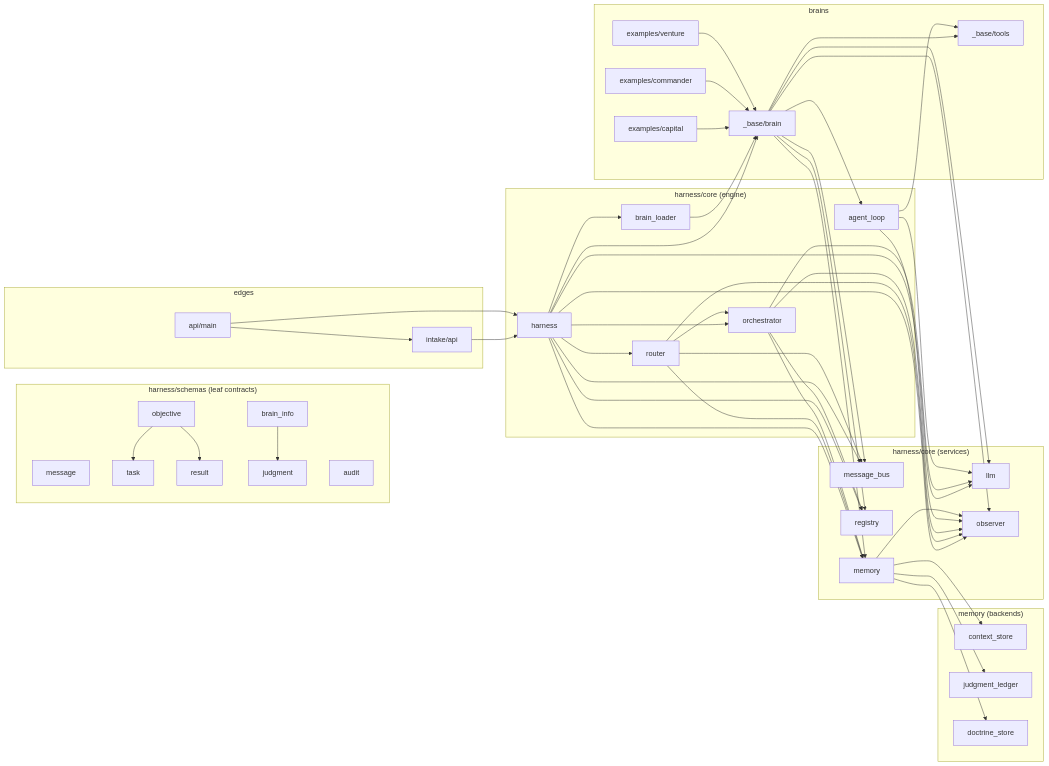
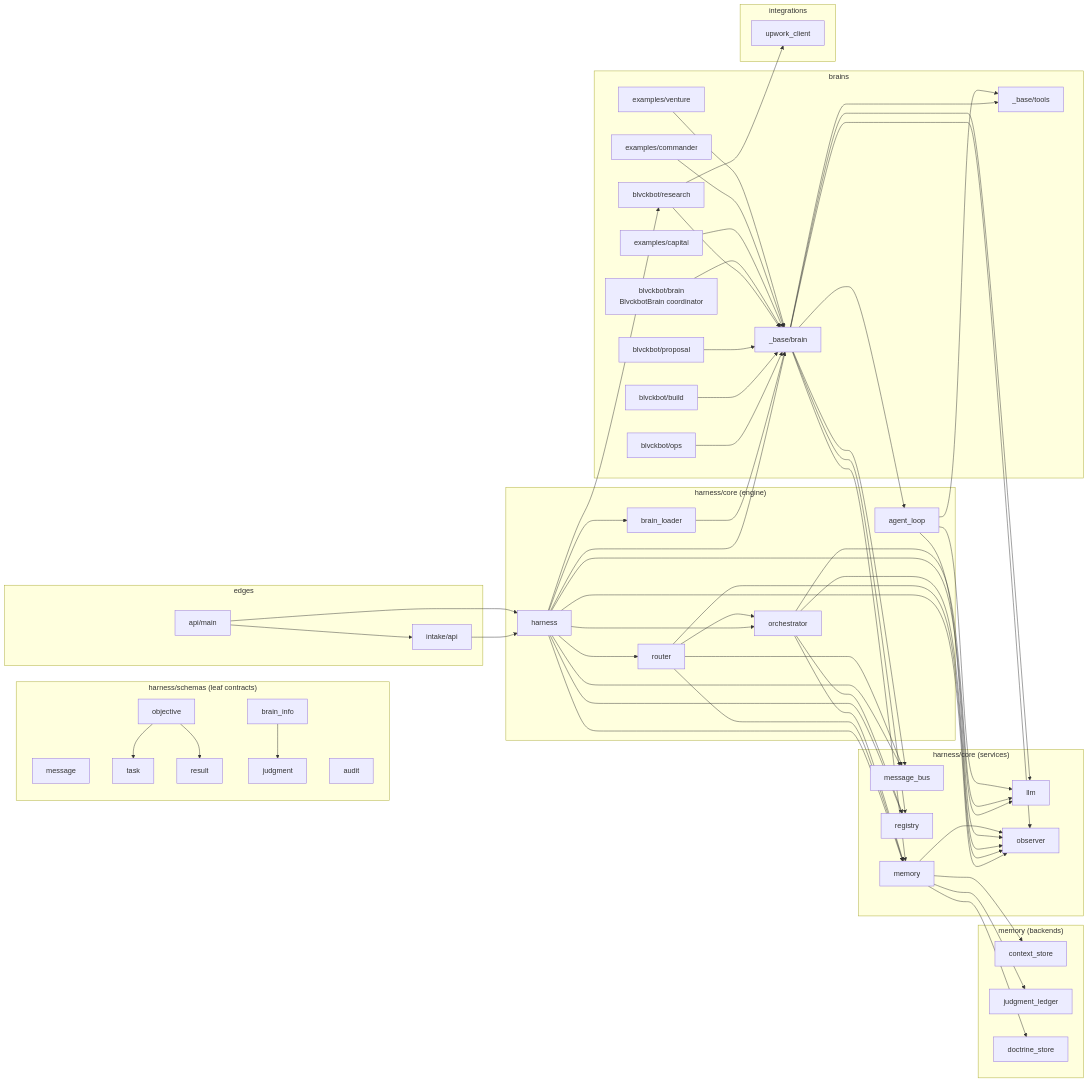
One commit to cconnickcc-blvckshell/BlvckshellOS changed the first of 5 diagrams in docs/system_graph.md. Above: the diagram before and after it, drawn with Mermaid. The commit also changed other lines of this file and 7 other files, not shown here.

````diff
--- a/docs/system_graph.md
+++ b/docs/system_graph.md
@@ -10,62 +10,75 @@
 ```mermaid
 graph LR
     subgraph schemas["harness/schemas (leaf contracts)"]
         msg[message]
         task[task]
         result[result]
         judgment[judgment]
         objective[objective]
         braininfo[brain_info]
         audit[audit]
     end
 
     subgraph services["harness/core (services)"]
         llm[llm]
         bus[message_bus]
         registry[registry]
         observer[observer]
         memory[memory]
     end
 
     subgraph engine["harness/core (engine)"]
         agentloop[agent_loop]
         orch[orchestrator]
         router[router]
         loader[brain_loader]
         harness[harness]
     end
 
     subgraph brains["brains"]
         base[_base/brain]
         tools[_base/tools]
         venture[examples/venture]
         commander[examples/commander]
         capital[examples/capital]
+        bbbase[blvckbot/brain\nBlvckbotBrain coordinator]
+        research[blvckbot/research]
+        proposal[blvckbot/proposal]
+        build[blvckbot/build]
+        ops[blvckbot/ops]
+    end
+
+    subgraph integrations["integrations"]
+        upwork[upwork_client]
     end
 
     subgraph memstore["memory (backends)"]
         ctx[context_store]
         ledger[judgment_ledger]
         doctrine[doctrine_store]
     end
 
     subgraph edge["edges"]
         api[api/main]
         intake[intake/api]
     end
 
     objective --> task
     objective --> result
     braininfo --> judgment
 
     memory --> ctx & ledger & doctrine & observer
     agentloop --> llm & observer & tools
     orch --> llm & registry & memory & observer
     router --> bus & memory & observer & orch
     base --> bus & registry & memory & observer & llm & agentloop & tools
     loader --> base
     venture & commander & capital --> base
+    bbbase --> base
+    research & proposal & build & ops --> base
+    research --> upwork
     harness --> loader & orch & router & bus & registry & memory & observer & llm & base
+    harness --> research
     api --> harness & intake
     intake --> harness
 ```
````
